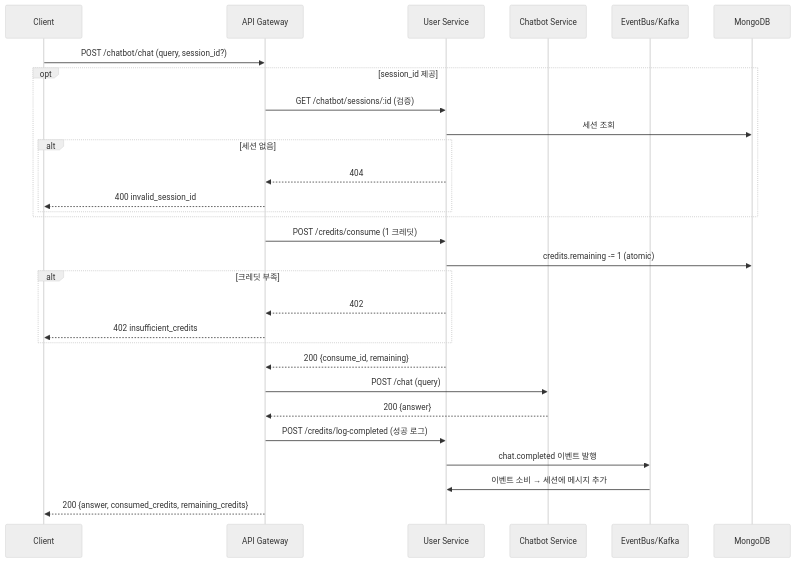
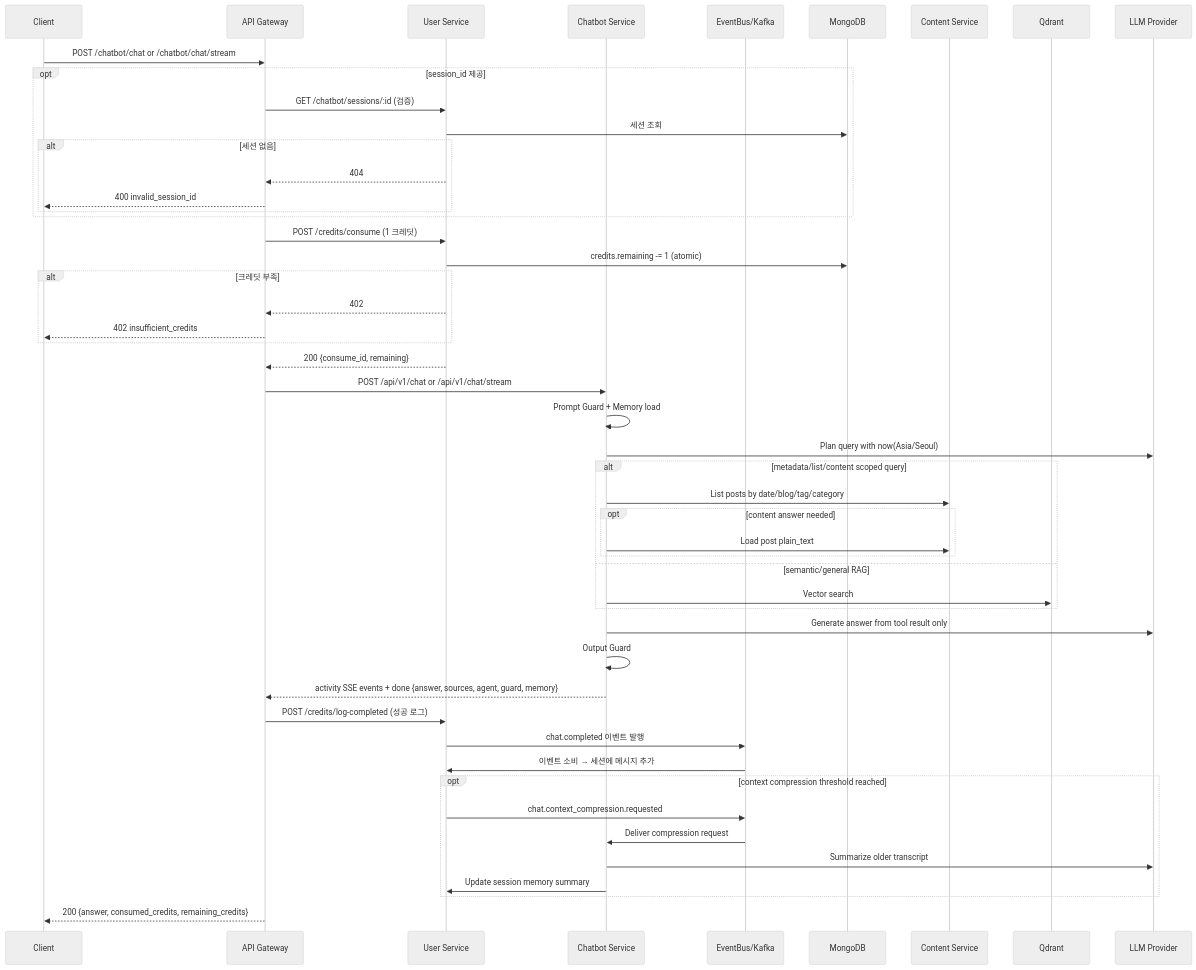
One commit to TechLetter/tech-letter changed the fourth of 4 diagrams in README.md. Above: the diagram before and after it, drawn with Mermaid (neutral theme). The commit also changed other lines of this file, not shown here.

Commit message:
docs: update chatbot architecture overview

````diff
--- a/README.md
+++ b/README.md
@@ -233,37 +299,61 @@
 ```mermaid
 sequenceDiagram
     participant Client
     participant GW as API Gateway
     participant US as User Service
     participant CBS as Chatbot Service
     participant EB as EventBus/Kafka
     participant DB as MongoDB
+    participant CS as Content Service
+    participant VDB as Qdrant
+    participant LLM as LLM Provider
 
-    Client->>GW: POST /chatbot/chat (query, session_id?)
+    Client->>GW: POST /chatbot/chat or /chatbot/chat/stream
 
     opt session_id 제공
         GW->>US: GET /chatbot/sessions/:id (검증)
         US->>DB: 세션 조회
         alt 세션 없음
             US-->>GW: 404
             GW-->>Client: 400 invalid_session_id
         end
     end
 
     GW->>US: POST /credits/consume (1 크레딧)
     US->>DB: credits.remaining -= 1 (atomic)
     alt 크레딧 부족
         US-->>GW: 402
         GW-->>Client: 402 insufficient_credits
     end
     US-->>GW: 200 {consume_id, remaining}
 
-    GW->>CBS: POST /chat (query)
-    CBS-->>GW: 200 {answer}
+    GW->>CBS: POST /api/v1/chat or /api/v1/chat/stream
+    CBS->>CBS: Prompt Guard + Memory load
+    CBS->>LLM: Plan query with now(Asia/Seoul)
+
+    alt metadata/list/content scoped query
+        CBS->>CS: List posts by date/blog/tag/category
+        opt content answer needed
+            CBS->>CS: Load post plain_text
+        end
+    else semantic/general RAG
+        CBS->>VDB: Vector search
+    end
+
+    CBS->>LLM: Generate answer from tool result only
+    CBS->>CBS: Output Guard
+    CBS-->>GW: activity SSE events + done {answer, sources, agent, guard, memory}
 
     GW->>US: POST /credits/log-completed (성공 로그)
     US->>EB: chat.completed 이벤트 발행
     EB->>US: 이벤트 소비 → 세션에 메시지 추가
 
+    opt context compression threshold reached
+        US->>EB: chat.context_compression.requested
+        EB->>CBS: Deliver compression request
+        CBS->>LLM: Summarize older transcript
+        CBS->>US: Update session memory summary
+    end
+
     GW-->>Client: 200 {answer, consumed_credits, remaining_credits}
 ```
````
